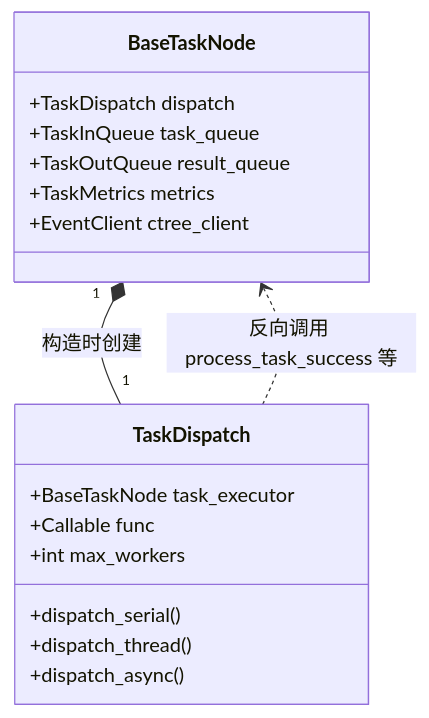
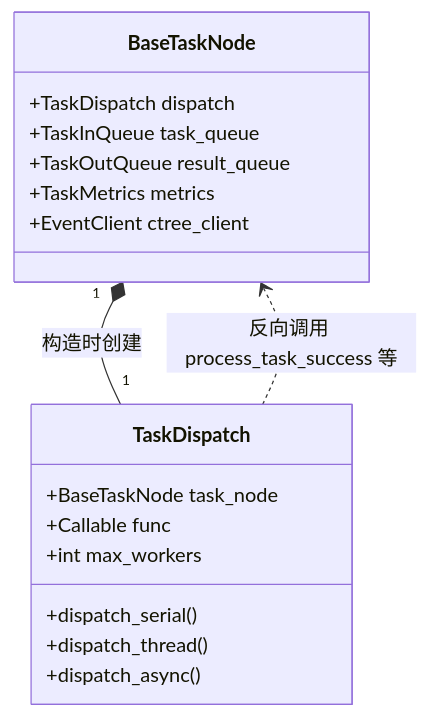
Before and after one commit to Mr-xiaotian/CelestialFlow: the second of 2 diagrams in docs/zh-CN/src/node/core_dispatch.md, drawn with Mermaid. The commit also changed other lines of this file and 5 other files, not shown here.

````diff
--- a/docs/zh-CN/src/node/core_dispatch.md
+++ b/docs/zh-CN/src/node/core_dispatch.md
@@ -158,21 +158,21 @@
 ```mermaid
 classDiagram
     class BaseTaskNode {
         +TaskDispatch dispatch
         +TaskInQueue task_queue
         +TaskOutQueue result_queue
         +TaskMetrics metrics
         +EventClient ctree_client
     }
     class TaskDispatch {
-        +BaseTaskNode task_executor
+        +BaseTaskNode task_node
         +Callable func
         +int max_workers
         +dispatch_serial()
         +dispatch_thread()
         +dispatch_async()
     }
 
     BaseTaskNode "1" *-- "1" TaskDispatch : 构造时创建
     TaskDispatch ..> BaseTaskNode : 反向调用 process_task_success 等
 ```
````
